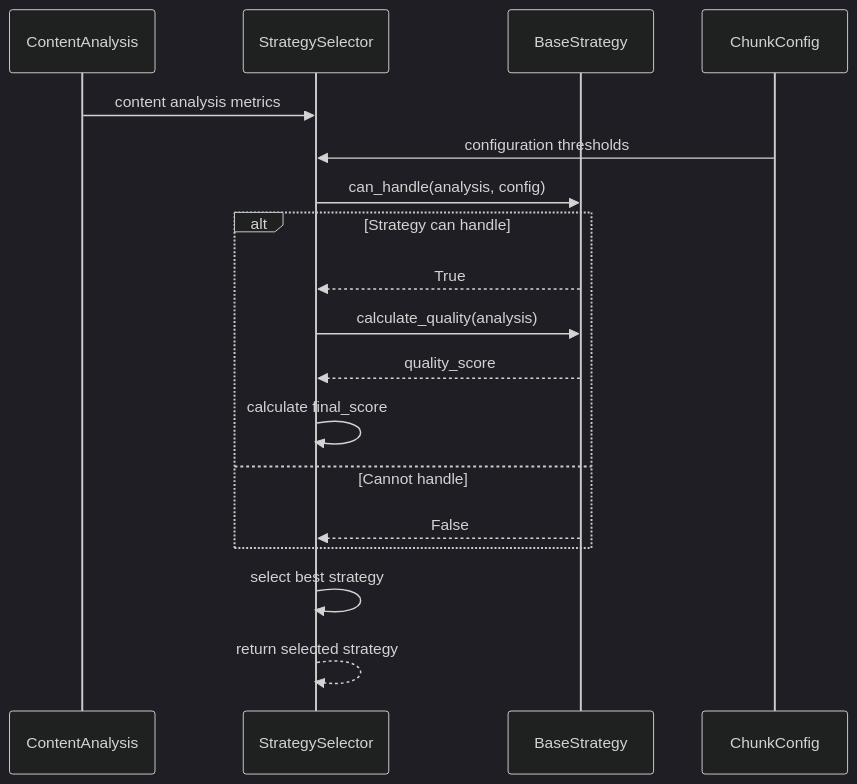
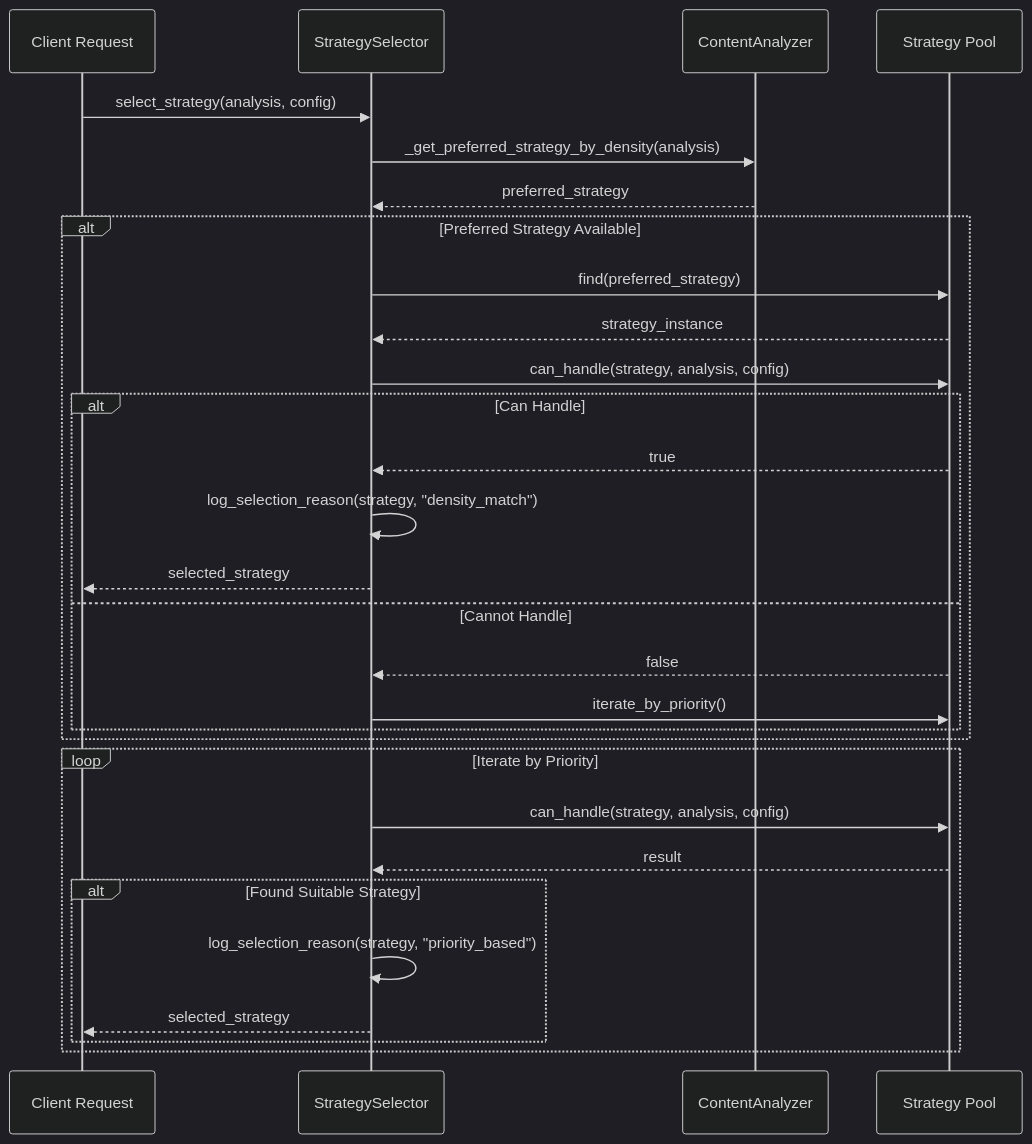
One commit to asukhodko/dify-markdown-chunker changed the fifth of 10 diagrams in .qoder/repowiki/en/content/Core Concepts/Strategy Selection Mechanism.md. Above: the diagram before and after it, drawn with Mermaid (dark theme). The commit also changed other lines of this file and 205 other files, not shown here.

````diff
--- a/.qoder/repowiki/en/content/Core Concepts/Strategy Selection Mechanism.md
+++ b/.qoder/repowiki/en/content/Core Concepts/Strategy Selection Mechanism.md
@@ -35,20 +263,31 @@
 ```mermaid
 sequenceDiagram
-participant Analysis as ContentAnalysis
+participant Client as Client Request
 participant Selector as StrategySelector
-participant Strategy as BaseStrategy
-participant Config as ChunkConfig
-Analysis->>Selector : content analysis metrics
-Config->>Selector : configuration thresholds
-Selector->>Strategy : can_handle(analysis, config)
-alt Strategy can handle
-Strategy-->>Selector : True
-Selector->>Strategy : calculate_quality(analysis)
-Strategy-->>Selector : quality_score
-Selector->>Selector : calculate final_score
-else Cannot handle
-Strategy-->>Selector : False
+participant Analyzer as ContentAnalyzer
+participant Strategies as Strategy Pool
+Client->>Selector : select_strategy(analysis, config)
+Selector->>Analyzer : _get_preferred_strategy_by_density(analysis)
+Analyzer-->>Selector : preferred_strategy
+alt Preferred Strategy Available
+Selector->>Strategies : find(preferred_strategy)
+Strategies-->>Selector : strategy_instance
+Selector->>Strategies : can_handle(strategy, analysis, config)
+alt Can Handle
+Strategies-->>Selector : true
+Selector->>Selector : log_selection_reason(strategy, "density_match")
+Selector-->>Client : selected_strategy
+else Cannot Handle
+Strategies-->>Selector : false
+Selector->>Strategies : iterate_by_priority()
 end
-Selector->>Selector : select best strategy
-Selector-->>Selector : return selected strategy
+end
+loop Iterate by Priority
+Selector->>Strategies : can_handle(strategy, analysis, config)
+Strategies-->>Selector : result
+alt Found Suitable Strategy
+Selector->>Selector : log_selection_reason(strategy, "priority_based")
+Selector-->>Client : selected_strategy
+end
+end
 ```
````
